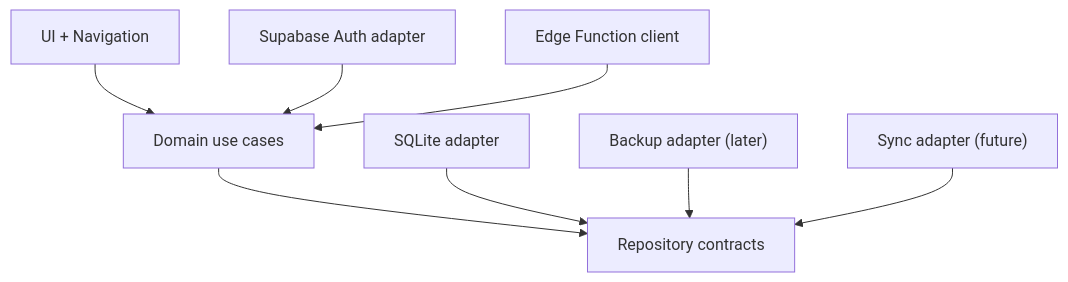
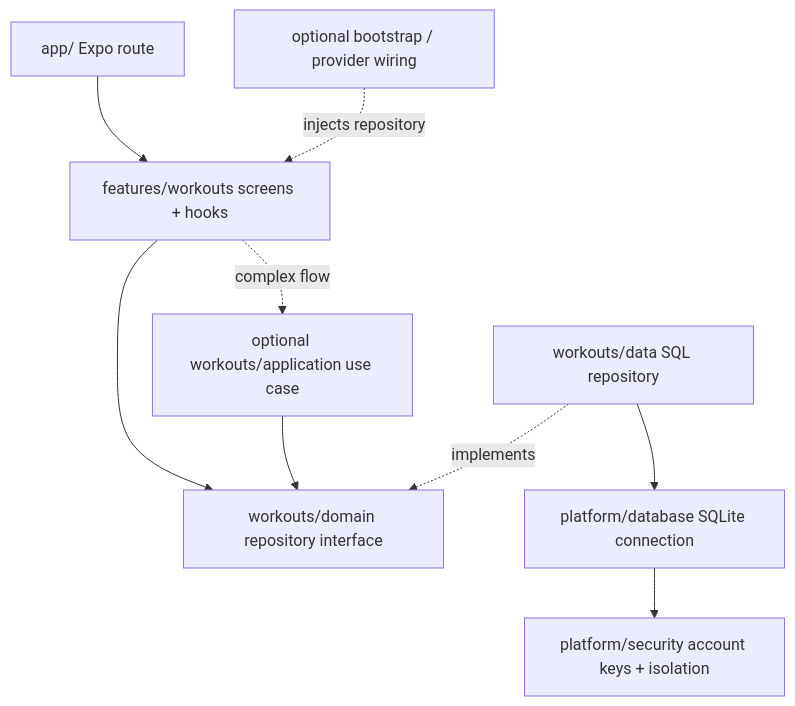
One commit to im-tnyx/Tio-Workspace changed the diagram in docs/10-REPOSITORY-STRUCTURE.md. Above: the diagram before and after it, drawn with Mermaid. The commit also changed other lines of this file and 5 other files, not shown here.

First line of the commit message:
docs(architecture): adopt feature-first modular monolith v2.1 (#6)

````diff
--- a/docs/10-REPOSITORY-STRUCTURE.md
+++ b/docs/10-REPOSITORY-STRUCTURE.md
@@ -56,10 +77,11 @@
 ```mermaid
 flowchart TD
-  UI["UI + Navigation"] --> CASES["Domain use cases"]
-  CASES --> CONTRACT["Repository contracts"]
-  SQL["SQLite adapter"] --> CONTRACT
-  AUTH["Supabase Auth adapter"] --> CASES
-  AI["Edge Function client"] --> CASES
-  BK["Backup adapter (later)"] --> CONTRACT
-  SYNC["Sync adapter (future)"] --> CONTRACT
+  R["app/ Expo route"] --> UI["features/workouts screens + hooks"]
+  UI --> PORT["workouts/domain repository interface"]
+  UI -. "complex flow" .-> USE["optional workouts/application use case"]
+  USE --> PORT
+  IMPL["workouts/data SQL repository"] -. "implements" .-> PORT
+  IMPL --> DB["platform/database SQLite connection"]
+  DB --> SEC["platform/security account keys + isolation"]
+  BOOT["optional bootstrap / provider wiring"] -. "injects repository" .-> UI
 ```
````
